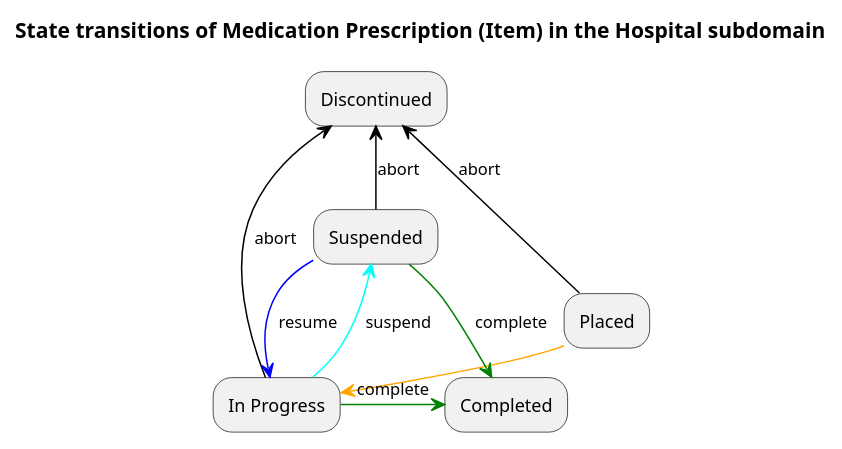
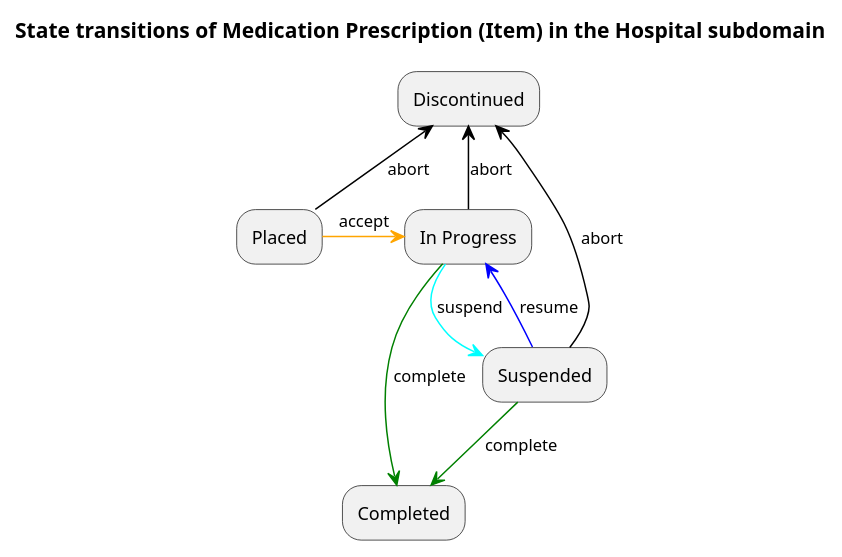
Before and after one commit to IHE/pharm-mpd: the diagram in input/images-source/state_transition_ihe_pharm_whitepaper_hospital.plantuml, drawn with PlantUML.

Commit message:
changes image

```diff
--- a/input/images-source/state_transition_ihe_pharm_whitepaper_hospital.plantuml
+++ b/input/images-source/state_transition_ihe_pharm_whitepaper_hospital.plantuml
@@ -1,22 +1,22 @@
 @startuml
 title State transitions of Medication Prescription (Item) in the Hospital subdomain
 
 "Placed" -[#orange]r->[accept]  "In Progress"
 
 "Placed" -[#black]u->[abort]  "Discontinued"
 
 
 "In Progress" -[#black]u->[abort]  "Discontinued"
 
 "In Progress" -[#green]r->[complete]  "Completed"
 
-"In Progress" -[#cyan]u->[suspend]  "Suspended"
+"In Progress" -[#cyan]r->[suspend]  "Suspended"
 
 
 "Suspended" -[#black]u->[abort]  "Discontinued"
 
-"Suspended" -[#green]r->[complete]  "Completed"
+"Suspended" -[#green]d->[complete]  "Completed"
 
-"Suspended" -[#blue]r->[resume]  "In Progress"
+"Suspended" -[#blue]d->[resume]  "In Progress"
 
 @enduml
```
